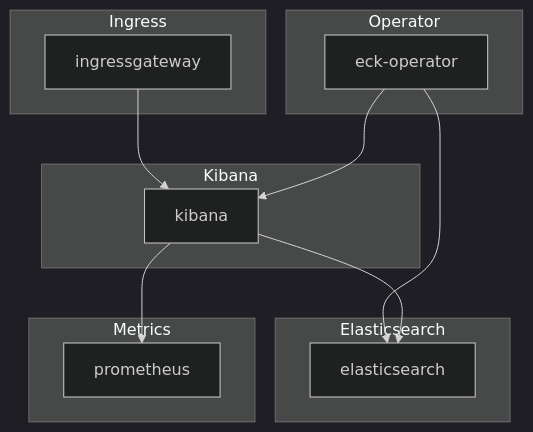
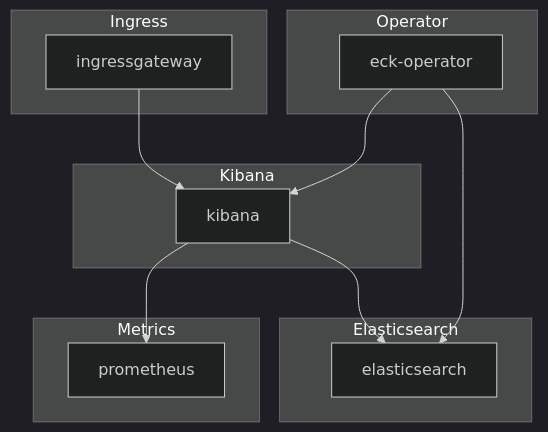
One commit to rjferguson21/big-bang changed the diagram in charter/packages/elasticsearch-kibana/Architecture.md. Above: the diagram before and after it, drawn with Mermaid (dark theme). The commit also changed other lines of this file, not shown here.

Commit message:
fix: Mermaid restructuring

````diff
--- a/charter/packages/elasticsearch-kibana/Architecture.md
+++ b/charter/packages/elasticsearch-kibana/Architecture.md
@@ -9,24 +9,24 @@
 ```mermaid
 graph TB
   subgraph "Ingress"
     ingressgateway
   end
 
   subgraph "Operator"
     eck-operator
   end
 
   subgraph "Kibana"
     ingressgateway --> kibana
     eck-operator --> kibana
   end
 
   subgraph "Elasticsearch"
+    kibana --> elasticsearch
     eck-operator --> elasticsearch
-    kibana --> elasticsearch
   end
 
   subgraph "Metrics"
     kibana --> prometheus
   end
 ```
````
